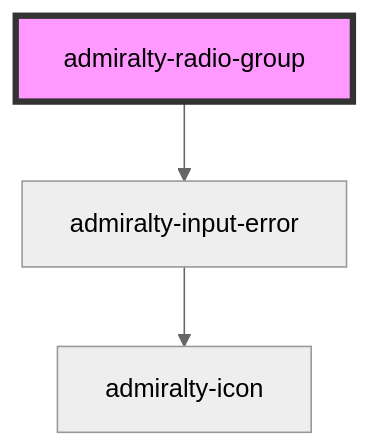
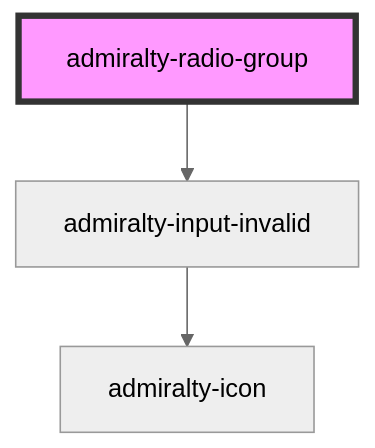
Before and after one commit to UKHO/admiralty-design-system: the diagram in packages/core/src/components/radio-group/readme.md, drawn with Mermaid (neutral theme). The commit also changed other lines of this file and 26 other files, not shown here.

Commit message:
Rename admiralty-input-error to admiralty-input-invalid

````diff
--- a/packages/core/src/components/radio-group/readme.md
+++ b/packages/core/src/components/radio-group/readme.md
@@ -33,6 +31,6 @@
 ```mermaid
 graph TD;
-  admiralty-radio-group --> admiralty-input-error
-  admiralty-input-error --> admiralty-icon
+  admiralty-radio-group --> admiralty-input-invalid
+  admiralty-input-invalid --> admiralty-icon
   style admiralty-radio-group fill:#f9f,stroke:#333,stroke-width:4px
 ```
````
